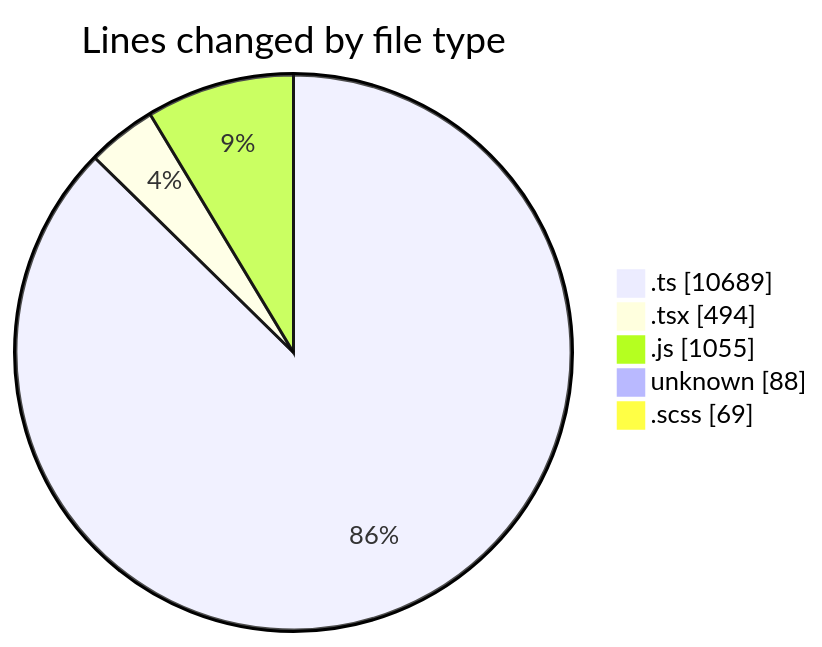
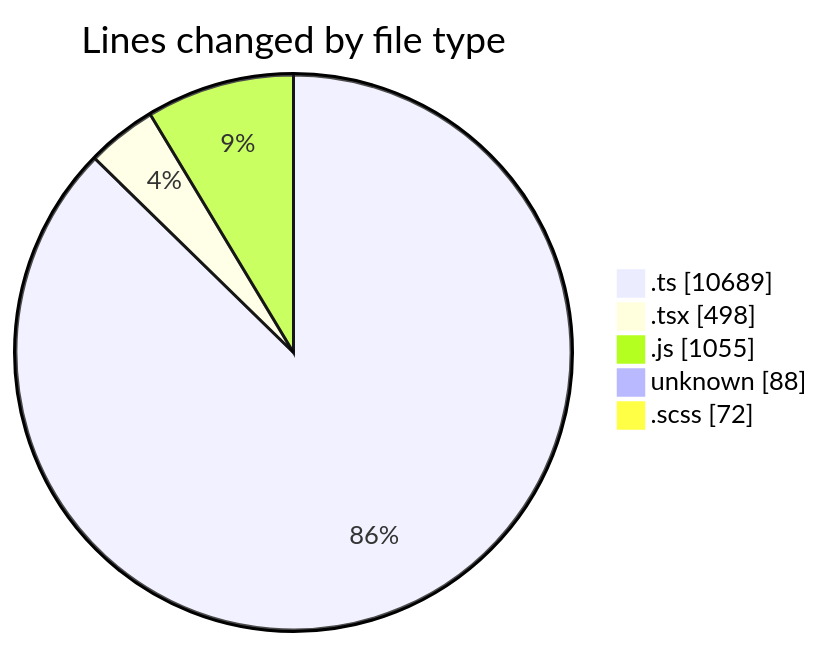
One commit to momahboobian/code-tracking changed the first of 2 diagrams in 2026-03-11/cda/README.md. Above: the diagram before and after it, drawn with Mermaid. The commit also changed other lines of this file and 1 other file, not shown here.

````diff
--- a/2026-03-11/cda/README.md
+++ b/2026-03-11/cda/README.md
@@ -35,9 +35,9 @@
 ```mermaid
 pie showData
 title Lines changed by file type
 ".ts" : 10689
-".tsx" : 494
+".tsx" : 498
 ".js" : 1055
 "unknown" : 88
-".scss" : 69
+".scss" : 72
 ```
````
